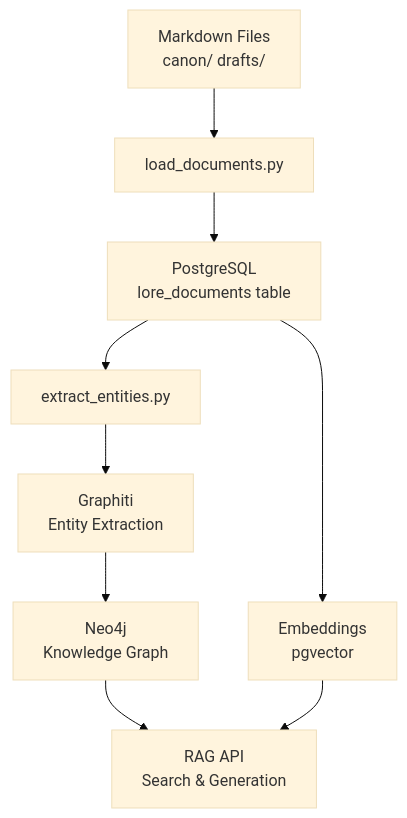
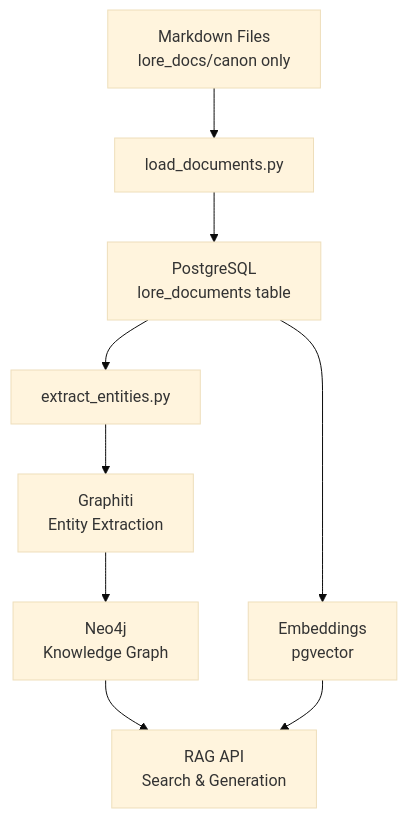
The diagram in docs/systems/PIPELINE_SYSTEM.md (LuminariMUD/sage), drawn with Mermaid (base theme) before and after one commit. The commit also changed other lines of this file and 38 other files, not shown here.

Commit message:
feat: harden OpenRouter and canon-only lore pipeline

````diff
--- a/docs/systems/PIPELINE_SYSTEM.md
+++ b/docs/systems/PIPELINE_SYSTEM.md
@@ -69,11 +65,11 @@
 ```mermaid
 graph TB
-    A[Markdown Files<br/>canon/ drafts/] --> B[load_documents.py]
+    A[Markdown Files<br/>lore_docs/canon only] --> B[load_documents.py]
     B --> C[PostgreSQL<br/>lore_documents table]
     C --> D[extract_entities.py]
     D --> E[Graphiti<br/>Entity Extraction]
     E --> F[Neo4j<br/>Knowledge Graph]
     F --> G[RAG API<br/>Search & Generation]
     C --> H[Embeddings<br/>pgvector]
     H --> G
 ```
````
